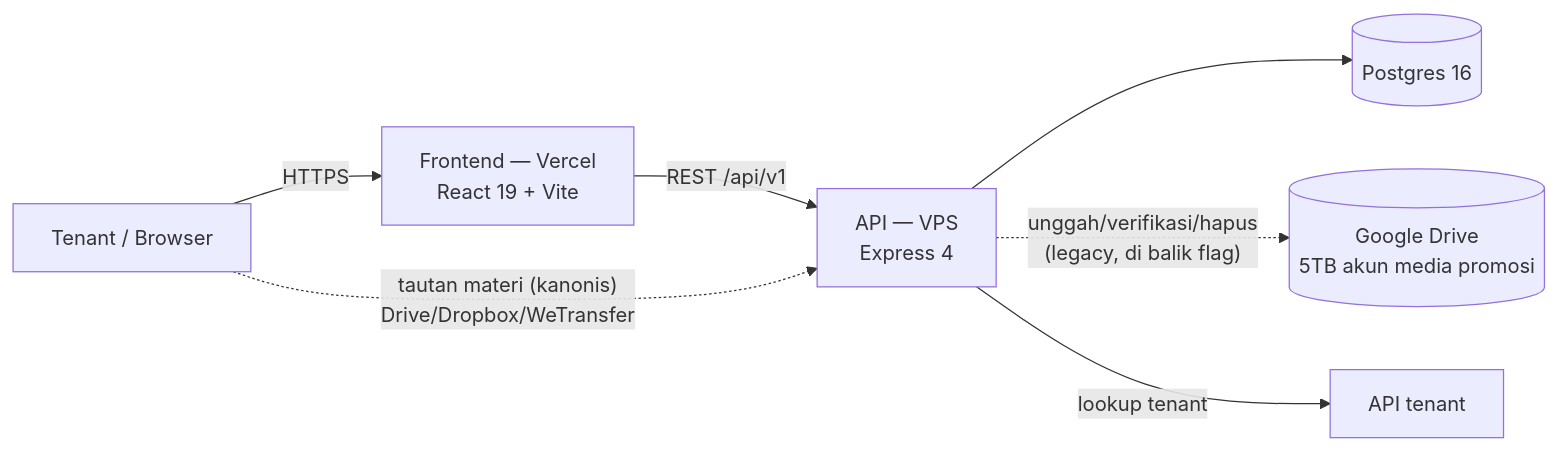
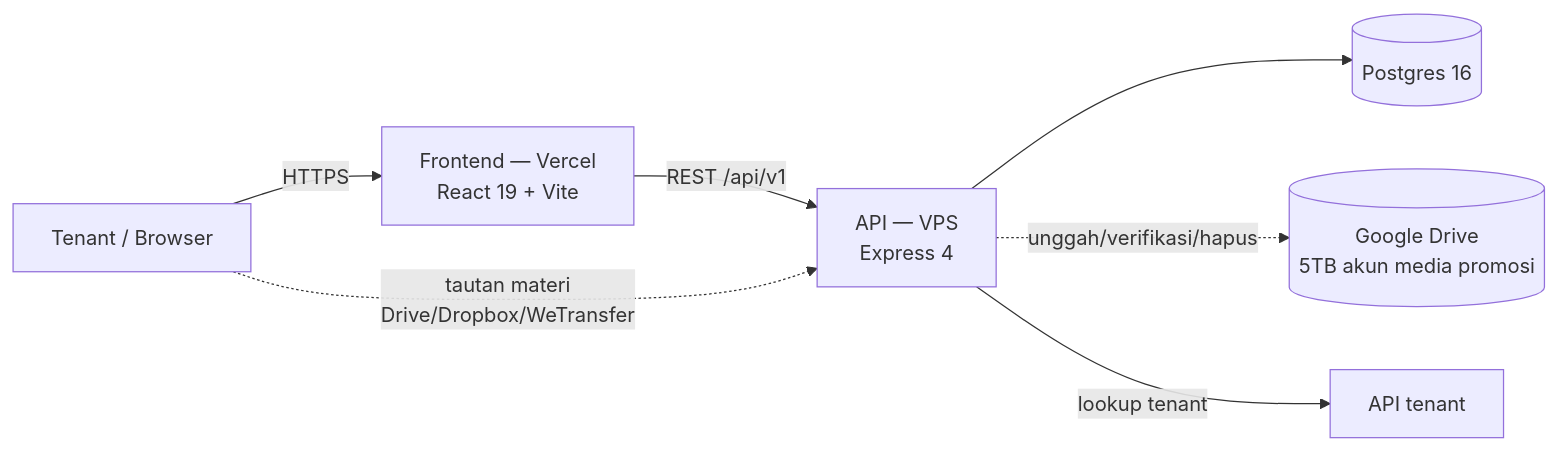
One commit to andsfx/medprom-metmal changed the diagram in README.md. Above: the diagram before and after it, drawn with Mermaid. The commit also changed other lines of this file and 2 other files, not shown here.

````diff
--- a/README.md
+++ b/README.md
@@ -55,9 +67,9 @@
 ```mermaid
 flowchart LR
   T[Tenant / Browser] -->|HTTPS| V["Frontend — Vercel<br/>React 19 + Vite"]
   V -->|"REST /api/v1"| A["API — VPS<br/>Express 4"]
   A --> P[("Postgres 16")]
-  A -.->|"unggah/verifikasi/hapus<br/>(legacy, di balik flag)"| D[("Google Drive<br/>5TB akun media promosi")]
+  A -.->|"unggah/verifikasi/hapus"| D[("Google Drive<br/>5TB akun media promosi")]
   A -->|"lookup tenant"| M["API tenant"]
-  T -.->|"tautan materi (kanonis)<br/>Drive/Dropbox/WeTransfer"| A
+  T -.->|"tautan materi<br/>Drive/Dropbox/WeTransfer"| A
 ```
````
